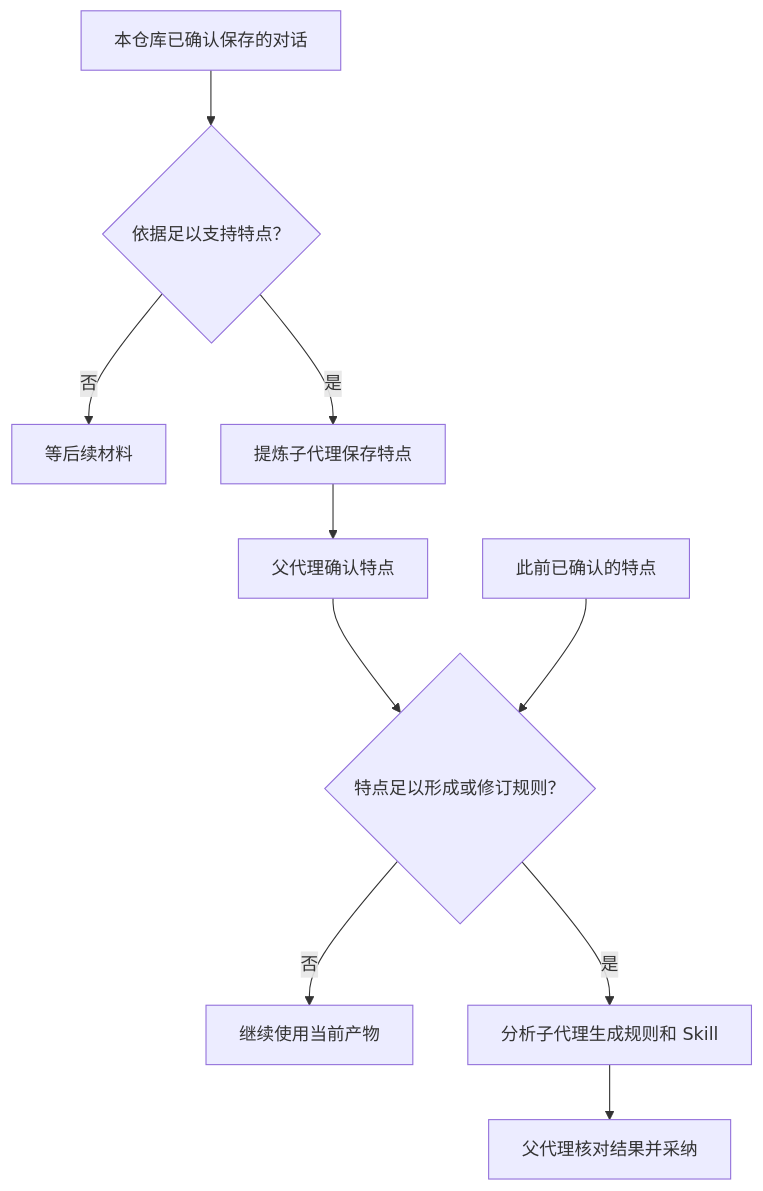
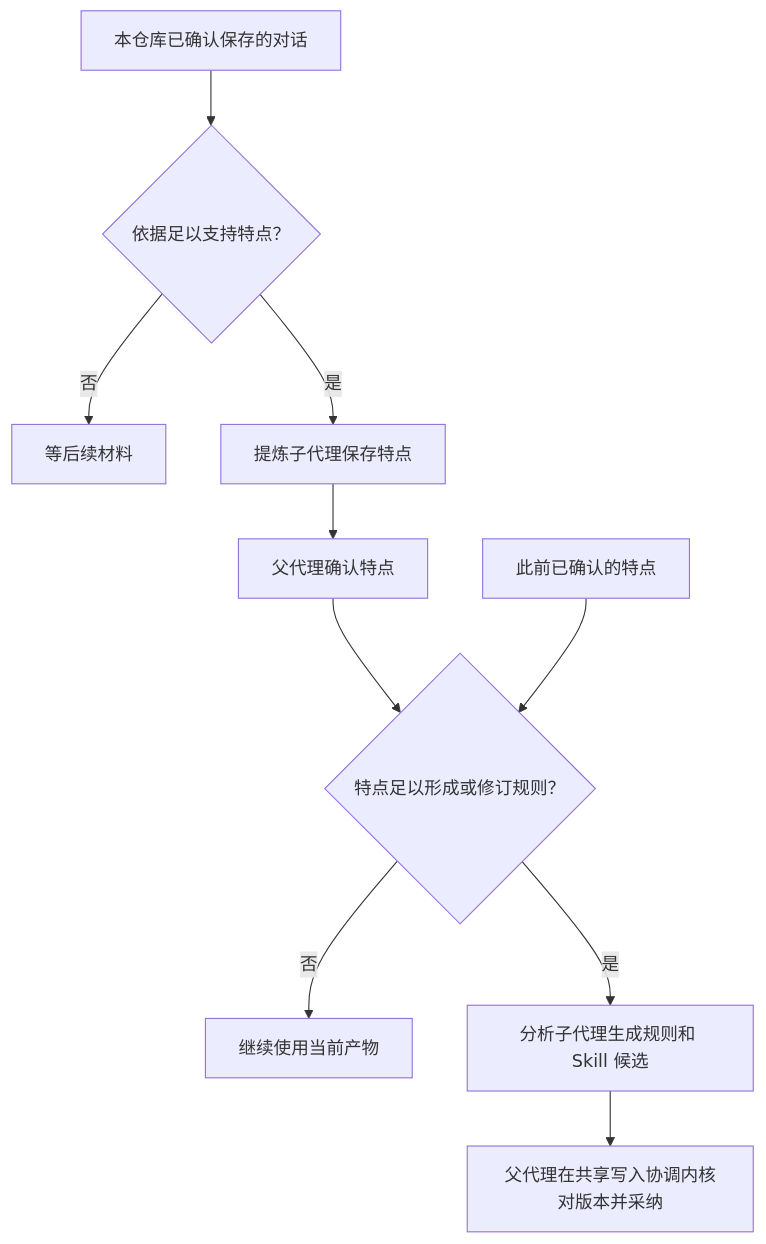
The second of 4 diagrams in specs/skills/002-conversation-to-skill/diagrams.md (Ena-Heleneto/agent-foundry), drawn with Mermaid before and after one commit. The commit also changed other lines of this file and 45 other files, not shown here.

````diff
--- a/specs/skills/002-conversation-to-skill/diagrams.md
+++ b/specs/skills/002-conversation-to-skill/diagrams.md
@@ -26,12 +26,12 @@
 ```mermaid
 flowchart TD
     A["本仓库已确认保存的对话"] --> B{"依据足以支持特点？"}
     B -->|否| C["等后续材料"]
     B -->|是| D["提炼子代理保存特点"]
     D --> K["父代理确认特点"]
     K --> E{"特点足以形成或修订规则？"}
     J["此前已确认的特点"] --> E
     E -->|否| F["继续使用当前产物"]
-    E -->|是| G["分析子代理生成规则和 Skill"]
-    G --> H["父代理核对结果并采纳"]
+    E -->|是| G["分析子代理生成规则和 Skill 候选"]
+    G --> H["父代理在共享写入协调内核对版本并采纳"]
 ```
````
